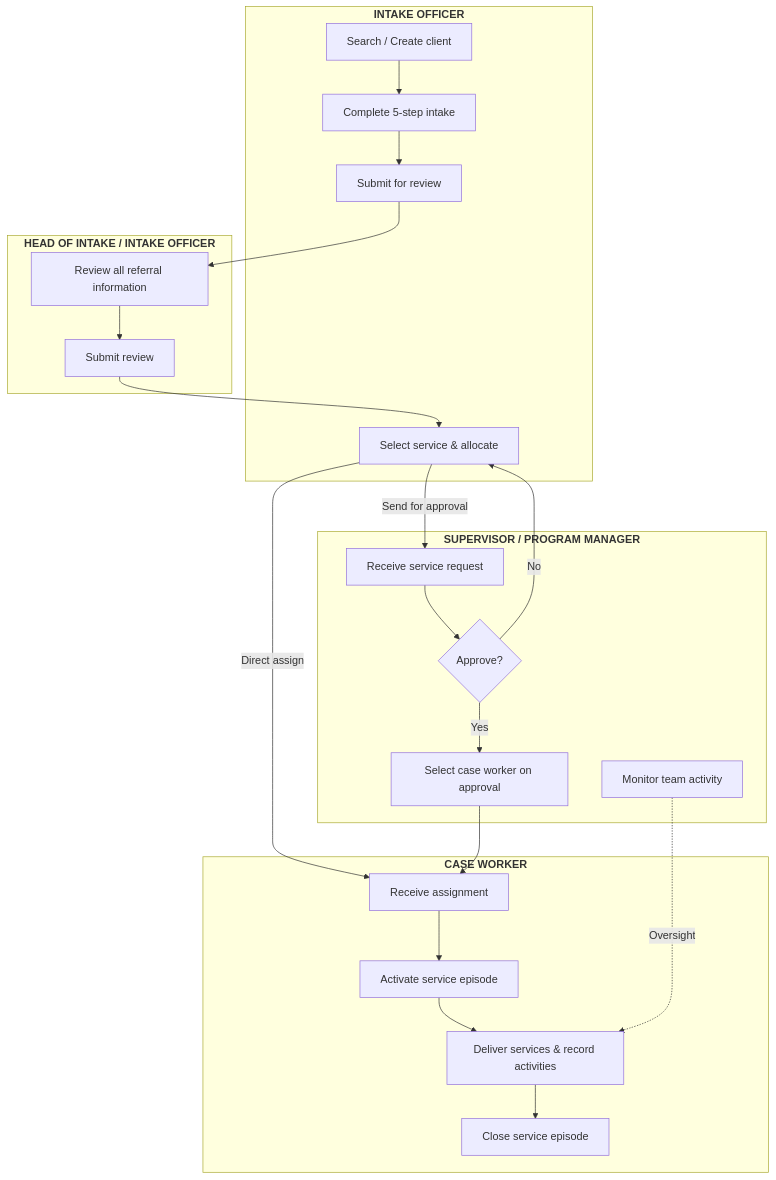
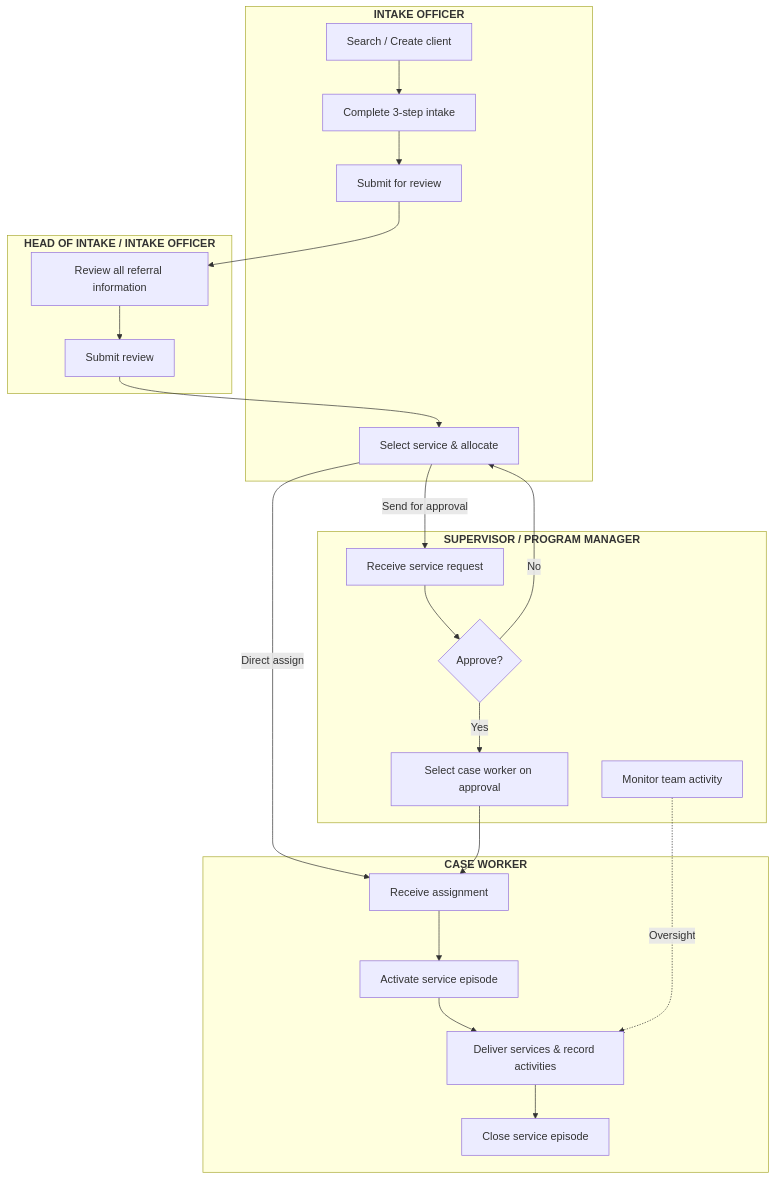
One commit to manaaki-tech/manaakicare-docs changed the second of 6 diagrams in docs/getting-started/workflow-overview.mdx. Above: the diagram before and after it, drawn with Mermaid. The commit also changed other lines of this file and 2 other files, not shown here.

````diff
--- a/docs/getting-started/workflow-overview.mdx
+++ b/docs/getting-started/workflow-overview.mdx
@@ -137,45 +135,45 @@
 ```mermaid
 flowchart TB
     subgraph io["<b>INTAKE OFFICER</b>"]
         io1["Search / Create client"]
-        io2["Complete 5-step intake"]
+        io2["Complete 3-step intake"]
         io3["Submit for review"]
         io4["Select service & allocate"]
     end
 
     subgraph reviewer["<b>HEAD OF INTAKE / INTAKE OFFICER</b>"]
         rev1["Review all referral information"]
         rev2["Submit review"]
     end
 
     subgraph sup["<b>SUPERVISOR / PROGRAM MANAGER</b>"]
         sup1["Receive service request"]
         sup2{"Approve?"}
         sup3["Select case worker on approval"]
         sup4["Monitor team activity"]
     end
 
     subgraph cw["<b>CASE WORKER</b>"]
         cw1["Receive assignment"]
         cw2["Activate service episode"]
         cw3["Deliver services & record activities"]
         cw4["Close service episode"]
     end
 
     io1 --> io2 --> io3
     io3 --> rev1
     rev1 --> rev2
     rev2 --> io4
 
     io4 -->|"Send for approval"| sup1
     io4 -->|"Direct assign"| cw1
 
     sup1 --> sup2
     sup2 -->|"Yes"| sup3
     sup3 --> cw1
     sup2 -->|"No"| io4
 
     cw1 --> cw2 --> cw3 --> cw4
     sup4 -.->|"Oversight"| cw3
 
 ```
````
